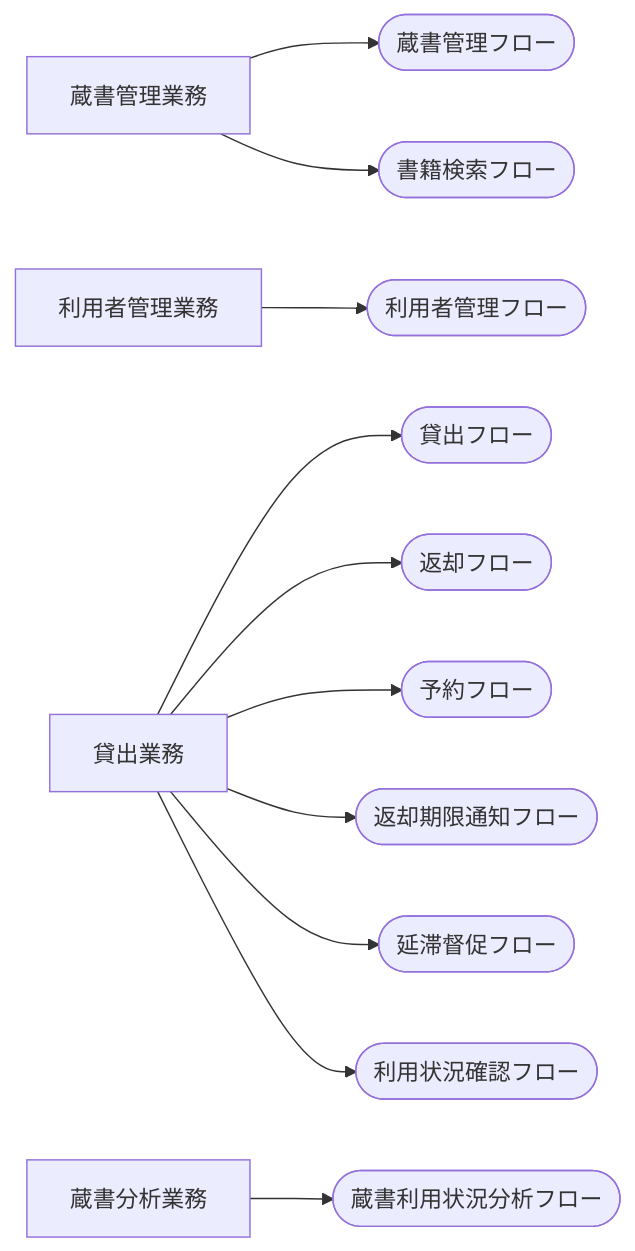
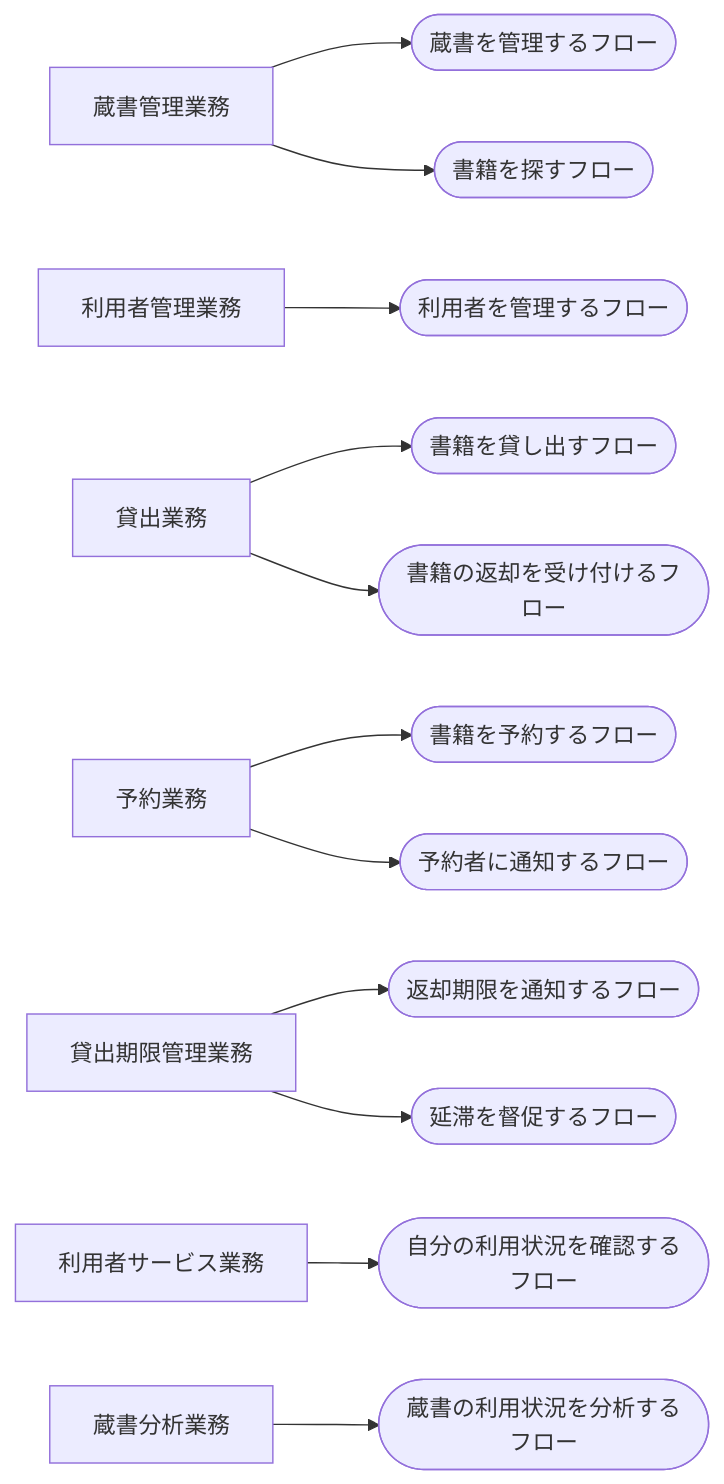
The diagram in samples/distillery2/library-loan/docs/requirements/rdra/views/02_業務構成.md (suwa-sh/suwa-sh-claude-plugins), drawn with Mermaid before and after one commit. The commit also changed other lines of this file and 249 other files, not shown here.

````diff
--- a/samples/distillery2/library-loan/docs/requirements/rdra/views/02_業務構成.md
+++ b/samples/distillery2/library-loan/docs/requirements/rdra/views/02_業務構成.md
@@ -7,27 +7,32 @@
 ```mermaid
 graph LR
   GY1["蔵書管理業務"]
-  BC1(["蔵書管理フロー"])
-  BC2(["書籍検索フロー"])
+  BC1(["蔵書を管理するフロー"])
+  BC2(["書籍を探すフロー"])
   GY2["利用者管理業務"]
-  BC3(["利用者管理フロー"])
+  BC3(["利用者を管理するフロー"])
   GY3["貸出業務"]
-  BC4(["貸出フロー"])
-  BC5(["返却フロー"])
-  BC6(["予約フロー"])
-  BC7(["返却期限通知フロー"])
-  BC8(["延滞督促フロー"])
-  BC9(["利用状況確認フロー"])
-  GY4["蔵書分析業務"]
-  BC10(["蔵書利用状況分析フロー"])
+  BC4(["書籍を貸し出すフロー"])
+  BC5(["書籍の返却を受け付けるフロー"])
+  GY4["予約業務"]
+  BC6(["書籍を予約するフロー"])
+  BC7(["予約者に通知するフロー"])
+  GY5["貸出期限管理業務"]
+  BC8(["返却期限を通知するフロー"])
+  BC9(["延滞を督促するフロー"])
+  GY6["利用者サービス業務"]
+  BC10(["自分の利用状況を確認するフロー"])
+  GY7["蔵書分析業務"]
+  BC11(["蔵書の利用状況を分析するフロー"])
   GY1 --> BC1
   GY1 --> BC2
   GY2 --> BC3
   GY3 --> BC4
   GY3 --> BC5
-  GY3 --> BC6
-  GY3 --> BC7
-  GY3 --> BC8
-  GY3 --> BC9
-  GY4 --> BC10
+  GY4 --> BC6
+  GY4 --> BC7
+  GY5 --> BC8
+  GY5 --> BC9
+  GY6 --> BC10
+  GY7 --> BC11
 ```
````
